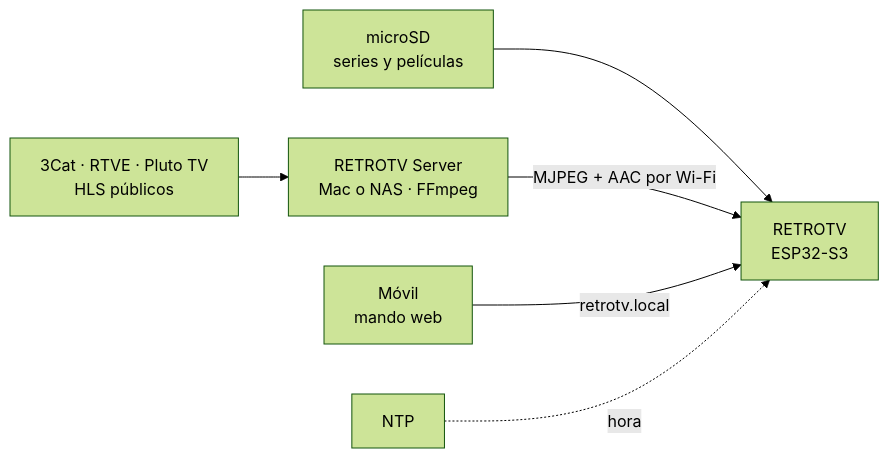
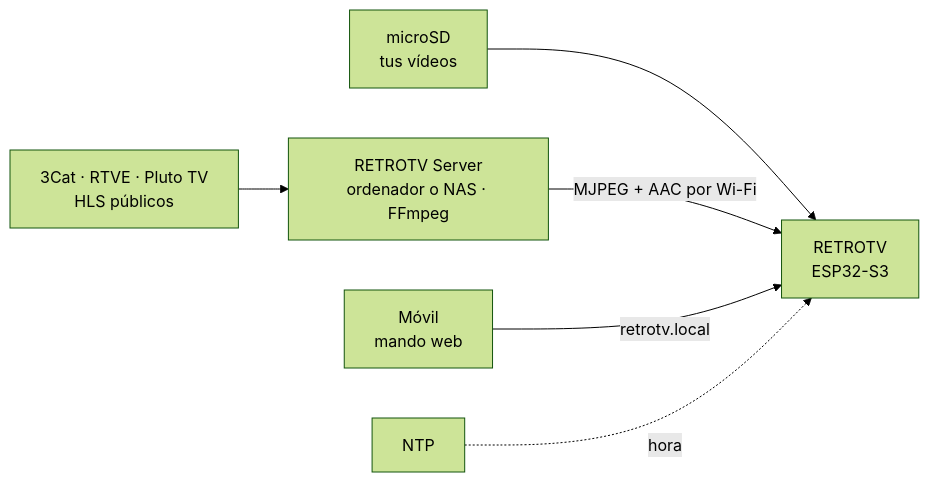
Before and after one commit to ipaud/RetroTV: the diagram in README.md, drawn with Mermaid (forest theme). The commit also changed other lines of this file and 11 other files, not shown here.

````diff
--- a/README.md
+++ b/README.md
@@ -100,8 +184,8 @@
 ```mermaid
 flowchart LR
-  SD["microSD<br/>series y películas"] --> TV["RETROTV<br/>ESP32-S3"]
-  SRV["RETROTV Server<br/>Mac o NAS · FFmpeg"] -- "MJPEG + AAC por Wi-Fi" --> TV
+  SD["microSD<br/>tus vídeos"] --> TV["RETROTV<br/>ESP32-S3"]
+  SRV["RETROTV Server<br/>ordenador o NAS · FFmpeg"] -- "MJPEG + AAC por Wi-Fi" --> TV
   WEB["3Cat · RTVE · Pluto TV<br/>HLS públicos"] --> SRV
   PHONE["Móvil<br/>mando web"] -- "retrotv.local" --> TV
   NTP["NTP"] -. "hora" .-> TV
 ```
````
